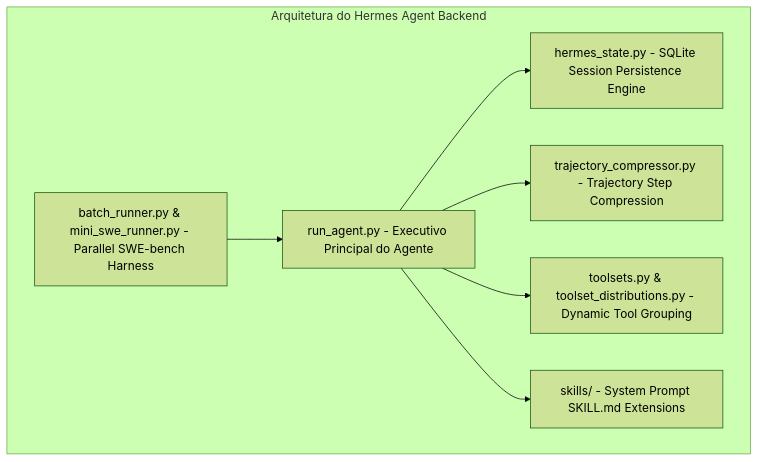
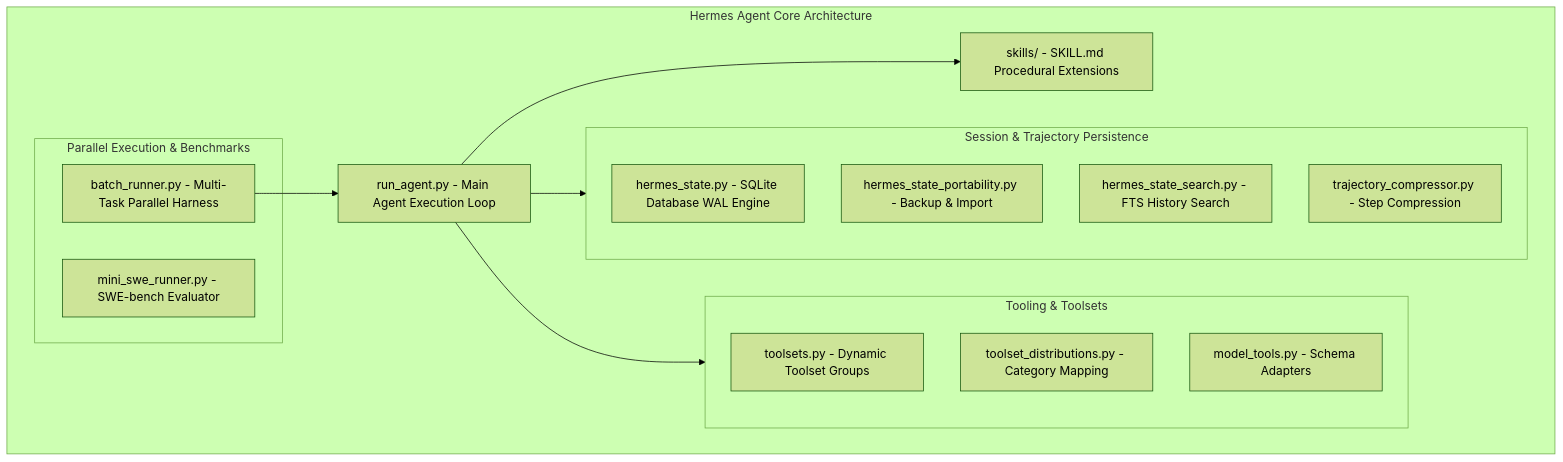
The first of 3 diagrams in docs/competitors_research/tech_lead_B/hermes_agent_B_gemini.md (brainopensource/Harness-D-power), drawn with Mermaid (forest theme) before and after one commit. The commit also changed other lines of this file and 16 other files, not shown here.

````diff
--- a/docs/competitors_research/tech_lead_B/hermes_agent_B_gemini.md
+++ b/docs/competitors_research/tech_lead_B/hermes_agent_B_gemini.md
@@ -25,17 +32,31 @@
 ```mermaid
 graph TB
-    subgraph HERMES_AGENT_ARCHITECTURE [Arquitetura do Hermes Agent Backend]
-        RunAgent[run_agent.py - Executivo Principal do Agente]
-        SessionDB[hermes_state.py - SQLite Session Persistence Engine]
-        TrajCompressor[trajectory_compressor.py - Trajectory Step Compression]
-        Toolsets[toolsets.py & toolset_distributions.py - Dynamic Tool Grouping]
-        BatchRunner[batch_runner.py & mini_swe_runner.py - Parallel SWE-bench Harness]
-        SkillsEngine[skills/ - System Prompt SKILL.md Extensions]
+    subgraph HERMES_AGENT_BACKEND [Hermes Agent Core Architecture]
+        RunAgent[run_agent.py - Main Agent Execution Loop]
+        
+        subgraph STATE_PERSISTENCE [Session & Trajectory Persistence]
+            SessionDB[hermes_state.py - SQLite Database WAL Engine]
+            StatePortability[hermes_state_portability.py - Backup & Import]
+            StateSearch[hermes_state_search.py - FTS History Search]
+            TrajCompressor[trajectory_compressor.py - Step Compression]
+        end
+
+        subgraph TOOL_MANAGEMENT [Tooling & Toolsets]
+            Toolsets[toolsets.py - Dynamic Toolset Groups]
+            ToolDistributions[toolset_distributions.py - Category Mapping]
+            ModelTools[model_tools.py - Schema Adapters]
+        end
+
+        subgraph EVALUATION_HARNESS [Parallel Execution & Benchmarks]
+            BatchRunner[batch_runner.py - Multi-Task Parallel Harness]
+            MiniSWERunner[mini_swe_runner.py - SWE-bench Evaluator]
+        end
+
+        Skills[skills/ - SKILL.md Procedural Extensions]
     end
 
-    RunAgent --> SessionDB
-    RunAgent --> TrajCompressor
-    RunAgent --> Toolsets
-    RunAgent --> SkillsEngine
+    RunAgent --> STATE_PERSISTENCE
+    RunAgent --> TOOL_MANAGEMENT
+    RunAgent --> Skills
     BatchRunner --> RunAgent
 ```
````
